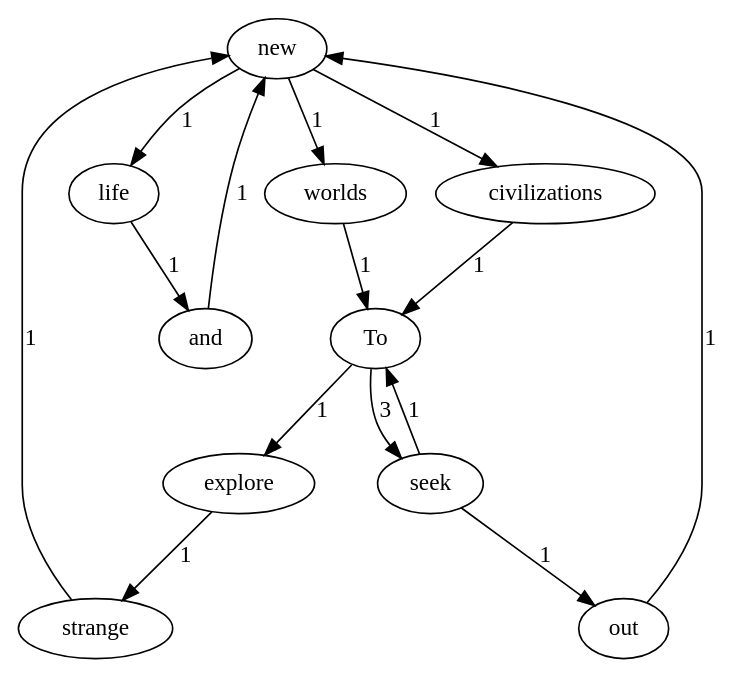
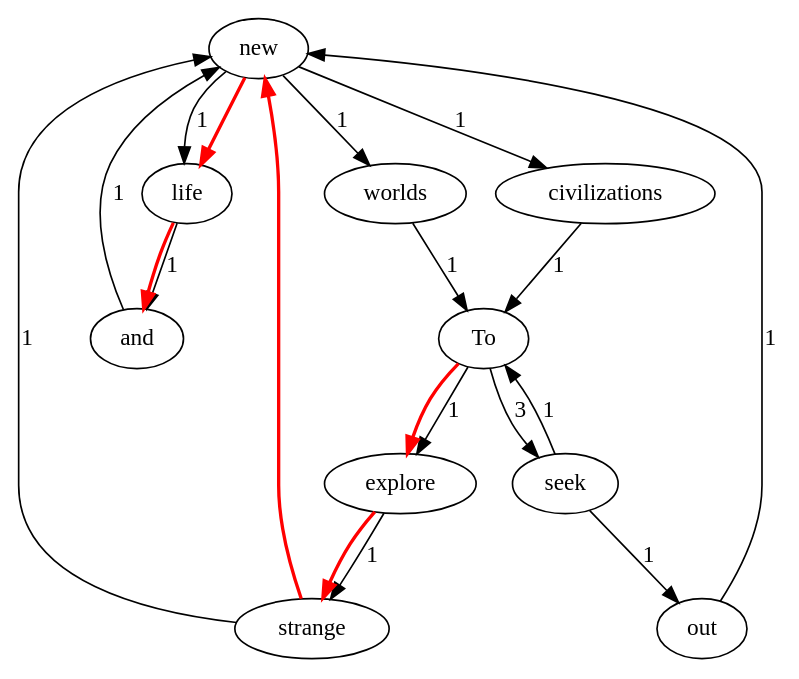
The diagram in dotsource.dot (mlx111/lab1-2021112715), drawn with Graphviz before and after one commit. The commit also changed 5 other files, not shown here.

```diff
--- a/dotsource.dot
+++ b/dotsource.dot
@@ -1,2 +1,7 @@
 digraph G {
-new->worlds[label="1"];new->civilizations[label="1"];new->life[label="1"];worlds->To[label="1"];explore->strange[label="1"];and->new[label="1"];To->explore[label="1"];To->seek[label="3"];civilizations->To[label="1"];seek->To[label="1"];seek->out[label="1"];strange->new[label="1"];life->and[label="1"];out->new[label="1"];}
+new->worlds[label="1"];new->civilizations[label="1"];new->life[label="1"];worlds->To[label="1"];explore->strange[label="1"];and->new[label="1"];To->explore[label="1"];To->seek[label="3"];civilizations->To[label="1"];seek->To[label="1"];seek->out[label="1"];strange->new[label="1"];life->and[label="1"];out->new[label="1"];To->explore [color=red, penwidth=2.0]
+explore->strange [color=red, penwidth=2.0]
+strange->new [color=red, penwidth=2.0]
+new->life [color=red, penwidth=2.0]
+life->and [color=red, penwidth=2.0]
+}
```
